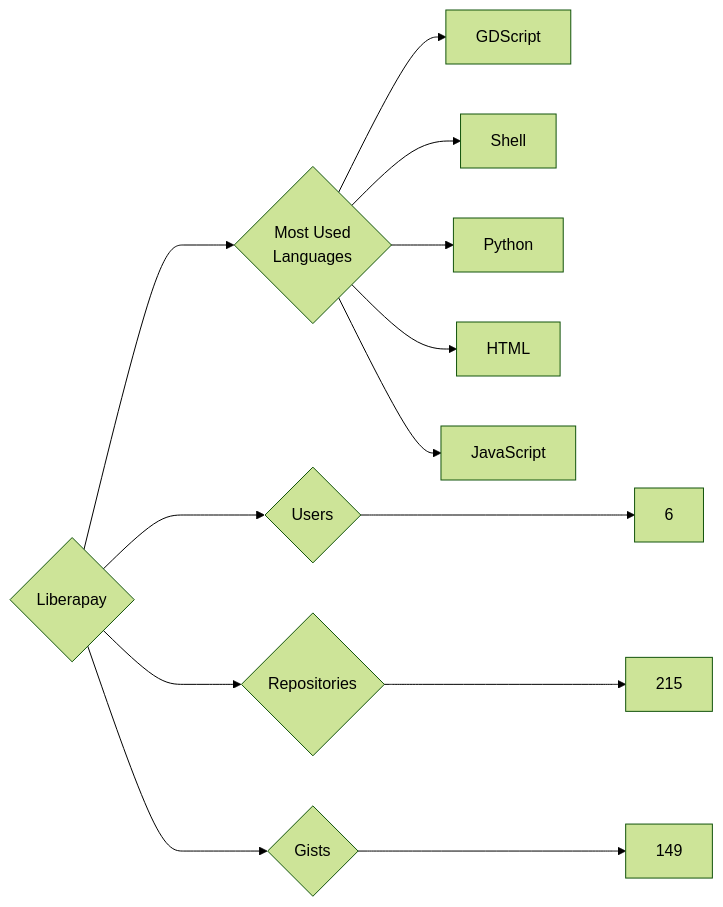
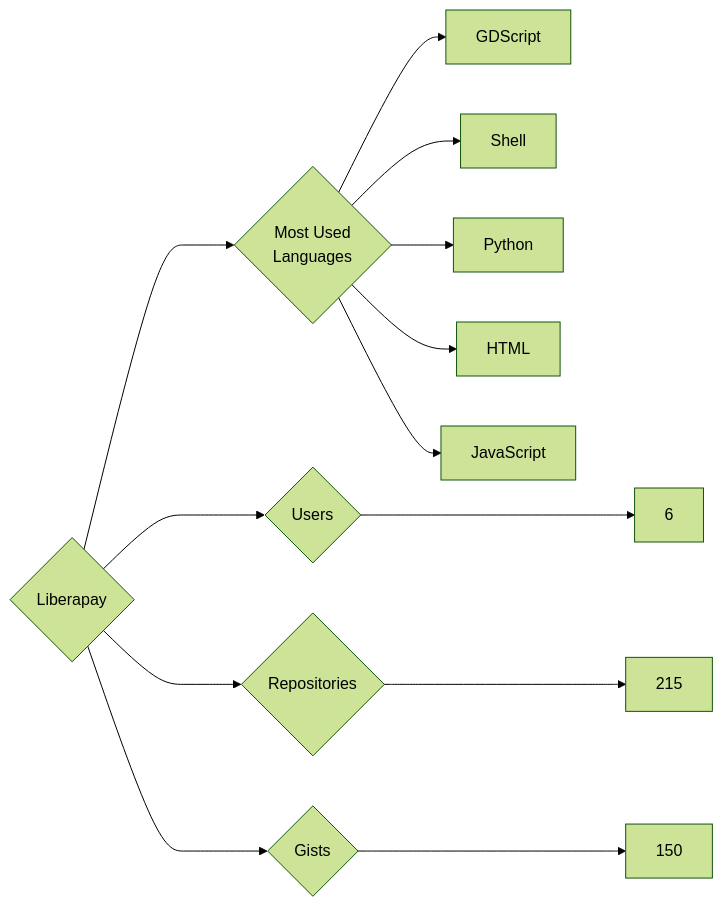
One commit to trickest/insiders changed the diagram in targets/Liberapay/README.md. Above: the diagram before and after it, drawn with Mermaid (forest theme). The commit also changed 611 other files, not shown here.

````diff
--- a/targets/Liberapay/README.md
+++ b/targets/Liberapay/README.md
@@ -3,13 +3,13 @@
 ```mermaid
 graph LR
 COMPANY_NAME{Liberapay}
 COMPANY_NAME ---> U{Users} ---> UN[6]
 COMPANY_NAME ---> R{Repositories} ---> RN[215]
-COMPANY_NAME ---> G{Gists} ---> GN[149]
+COMPANY_NAME ---> G{Gists} ---> GN[150]
 COMPANY_NAME ---> ML{Most Used<br>Languages}
 ML --> GDScript[GDScript]
 ML --> Shell[Shell]
 ML --> Python[Python]
 ML --> HTML[HTML]
 ML --> JavaScript[JavaScript]
 ```
````
